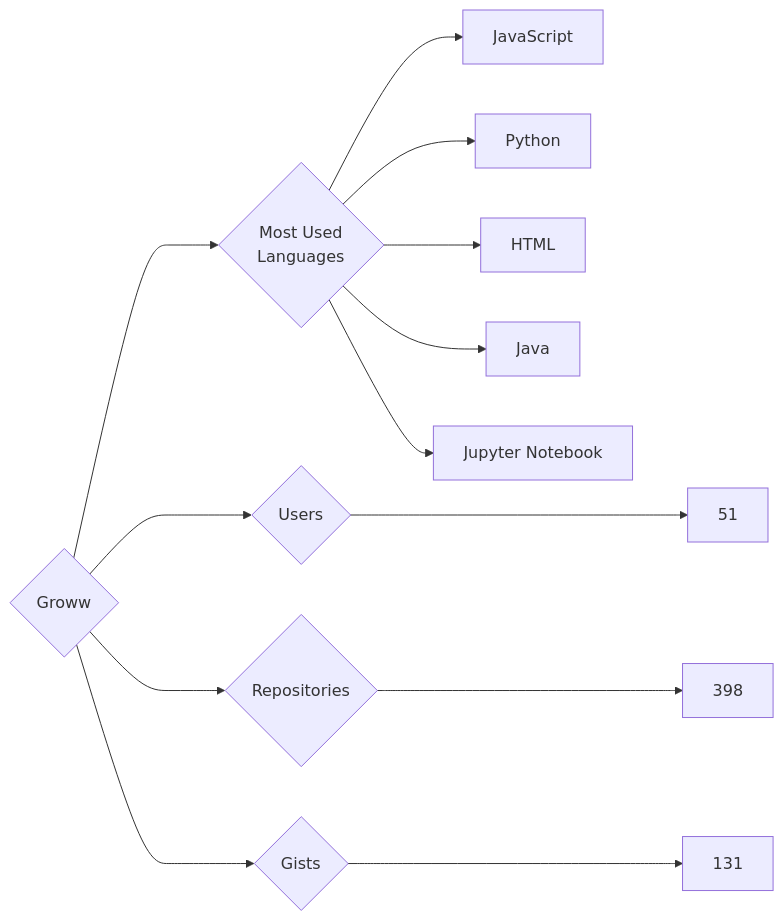
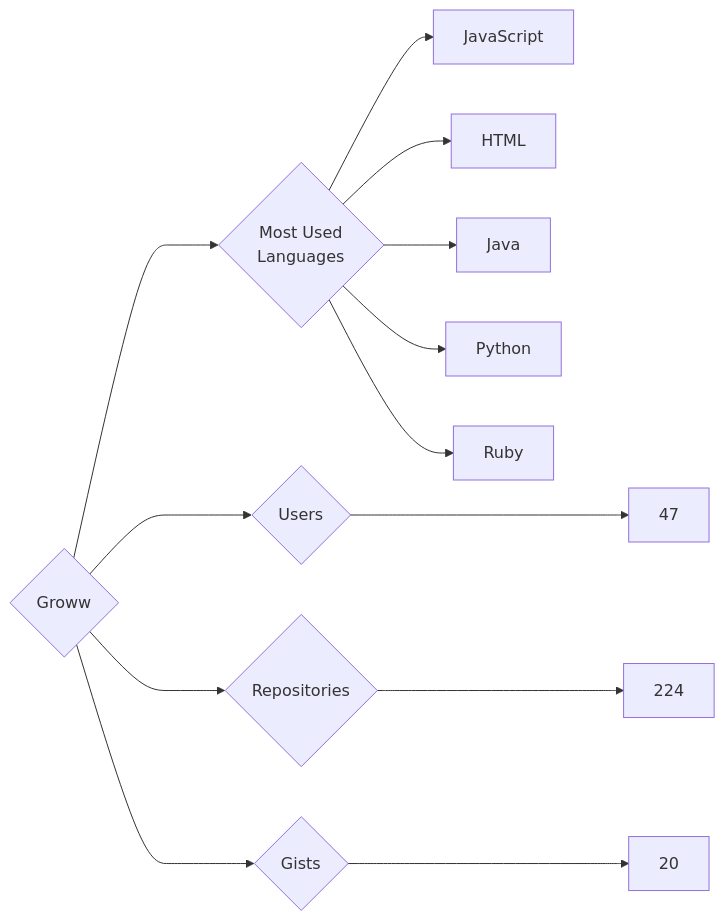
One commit to trickest/insiders changed the diagram in targets/Groww/README.md. Above: the diagram before and after it, drawn with Mermaid. The commit also changed 757 other files, not shown here.

````diff
--- a/targets/Groww/README.md
+++ b/targets/Groww/README.md
@@ -3,13 +3,13 @@
 ```mermaid
 graph LR
 COMPANY_NAME{Groww}
-COMPANY_NAME ---> U{Users} ---> UN[51]
-COMPANY_NAME ---> R{Repositories} ---> RN[398]
-COMPANY_NAME ---> G{Gists} ---> GN[131]
+COMPANY_NAME ---> U{Users} ---> UN[47]
+COMPANY_NAME ---> R{Repositories} ---> RN[224]
+COMPANY_NAME ---> G{Gists} ---> GN[20]
 COMPANY_NAME ---> ML{Most Used<br>Languages}
 ML --> JavaScript[JavaScript]
-ML --> Python[Python]
 ML --> HTML[HTML]
 ML --> Java[Java]
-ML --> Jupyter_Notebook[Jupyter Notebook]
+ML --> Python[Python]
+ML --> Ruby[Ruby]
 ```
````
